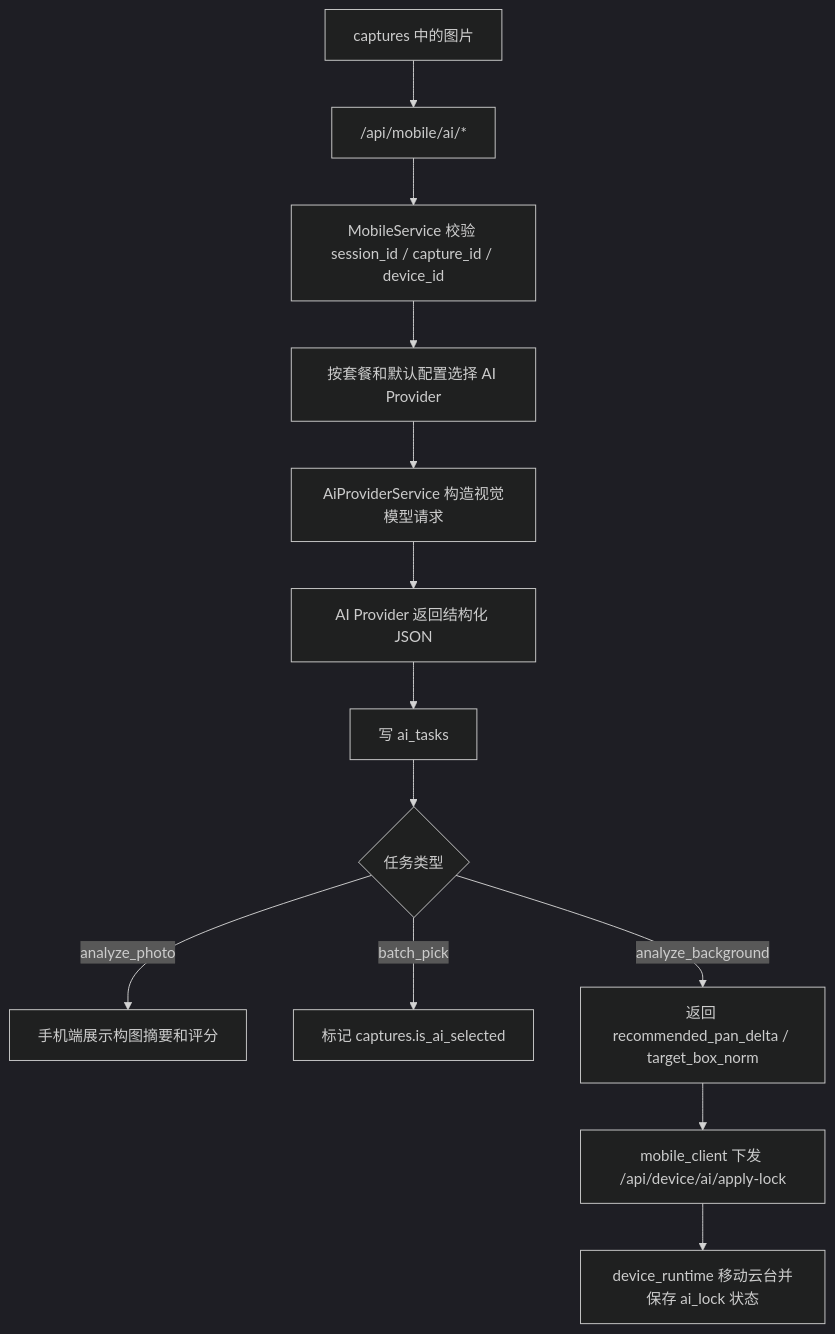
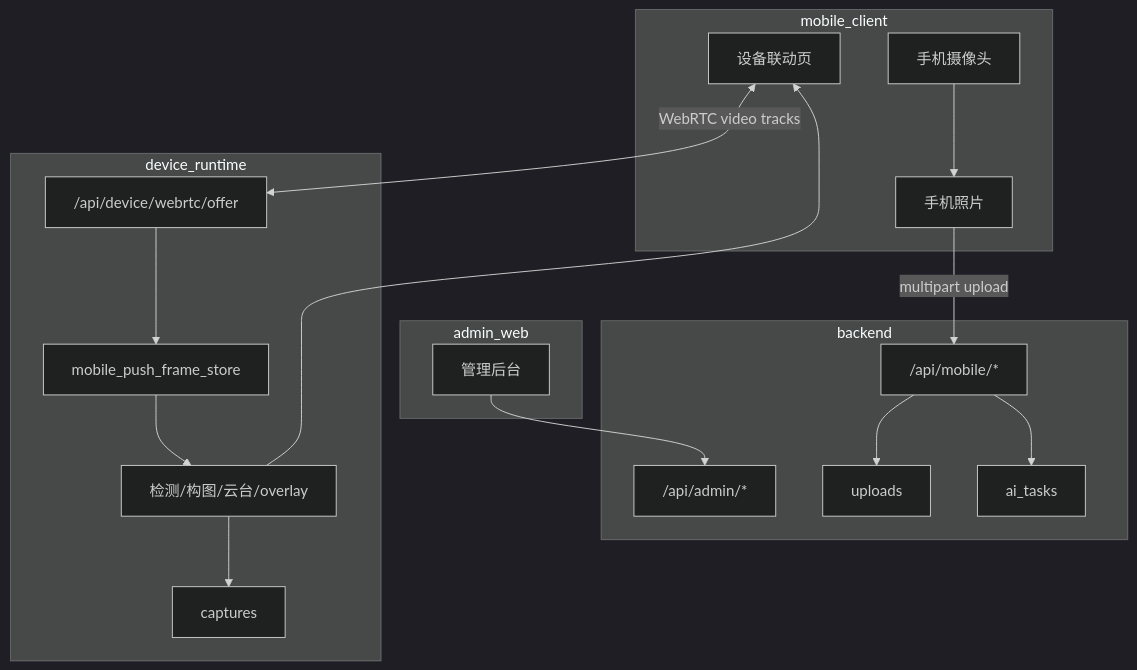
The diagram in docs/统一采集存储与协同流程.md (LiPeiCong60/Camera-Assistant-System), drawn with Mermaid (dark theme) before and after one commit. The commit also changed other lines of this file and 33 other files, not shown here.

````diff
--- a/docs/统一采集存储与协同流程.md
+++ b/docs/统一采集存储与协同流程.md
@@ -304,15 +16,37 @@
 ```mermaid
 flowchart TD
-    A["captures 中的图片"] --> B["/api/mobile/ai/*"]
-    B --> C["MobileService 校验 session_id / capture_id / device_id"]
-    C --> D["按套餐和默认配置选择 AI Provider"]
-    D --> E["AiProviderService 构造视觉模型请求"]
-    E --> F["AI Provider 返回结构化 JSON"]
-    F --> G["写 ai_tasks"]
-    G --> H{"任务类型"}
-    H -->|analyze_photo| I["手机端展示构图摘要和评分"]
-    H -->|batch_pick| J["标记 captures.is_ai_selected"]
-    H -->|analyze_background| K["返回 recommended_pan_delta / target_box_norm"]
-    K --> L["mobile_client 下发 /api/device/ai/apply-lock"]
-    L --> M["device_runtime 移动云台并保存 ai_lock 状态"]
+  subgraph Mobile["mobile_client"]
+    Camera["手机摄像头"]
+    Photo["手机照片"]
+    DevicePage["设备联动页"]
+  end
+
+  subgraph Backend["backend"]
+    MobileApi["/api/mobile/*"]
+    AdminApi["/api/admin/*"]
+    Uploads["uploads"]
+    AiTasks["ai_tasks"]
+  end
+
+  subgraph Runtime["device_runtime"]
+    WebRTC["/api/device/webrtc/offer"]
+    Store["mobile_push_frame_store"]
+    Pipeline["检测/构图/云台/overlay"]
+    DeviceCaptures["captures"]
+  end
+
+  subgraph Admin["admin_web"]
+    AdminUi["管理后台"]
+  end
+
+  Camera --> Photo
+  Photo -->|multipart upload| MobileApi
+  MobileApi --> Uploads
+  MobileApi --> AiTasks
+  AdminUi --> AdminApi
+  DevicePage <-->|WebRTC video tracks| WebRTC
+  WebRTC --> Store
+  Store --> Pipeline
+  Pipeline --> DevicePage
+  Pipeline --> DeviceCaptures
 ```
````
